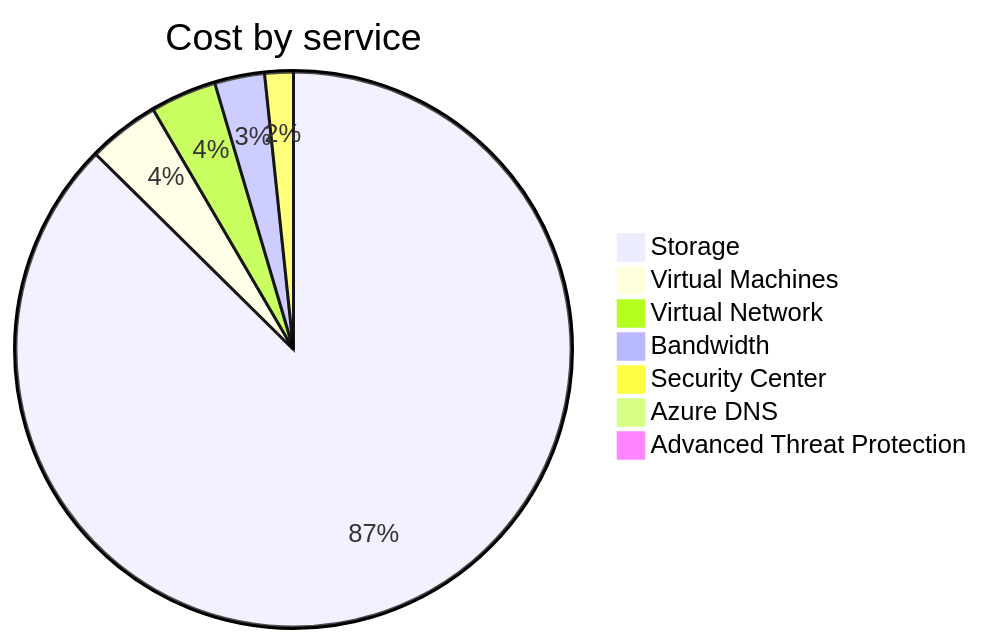
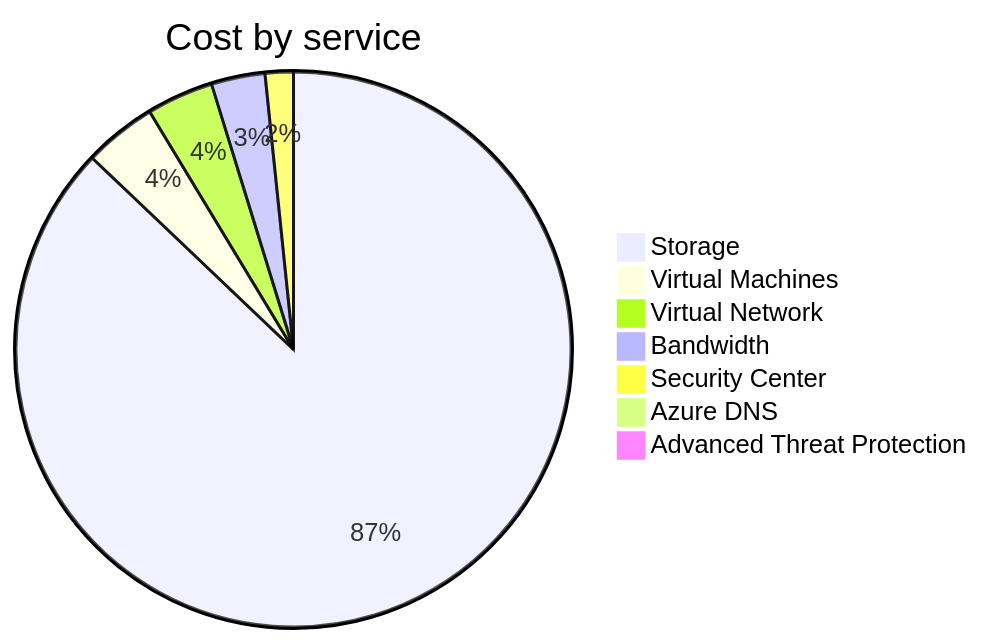
One commit to jpfulton/azure-personal-reports changed the second of 4 diagrams in cost-reports/personal-network/README.md. Above: the diagram before and after it, drawn with Mermaid. The commit also changed other lines of this file and 9 other files, not shown here.

````diff
--- a/cost-reports/personal-network/README.md
+++ b/cost-reports/personal-network/README.md
@@ -99,11 +99,11 @@
 ```mermaid
 pie
    title Cost by service
-   "Storage" : 194.24
-   "Virtual Machines" : 9.28
-   "Virtual Network" : 8.55
-   "Bandwidth" : 6.46
+   "Storage" : 196.46
+   "Virtual Machines" : 9.56
+   "Virtual Network" : 8.78
+   "Bandwidth" : 7.05
    "Security Center" : 3.70
-   "Azure DNS" : 0.40
+   "Azure DNS" : 0.42
    "Advanced Threat Protection" : 0.00
 ```
````
